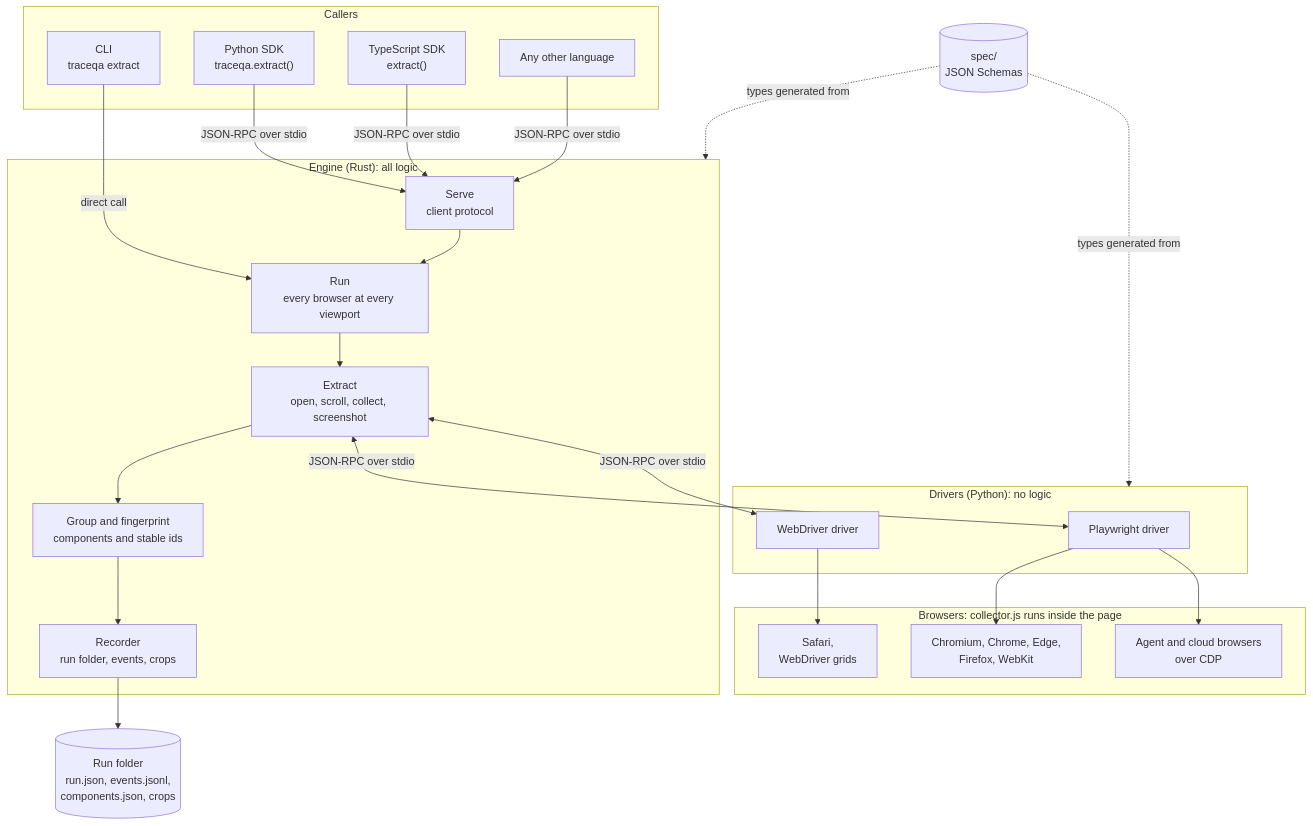
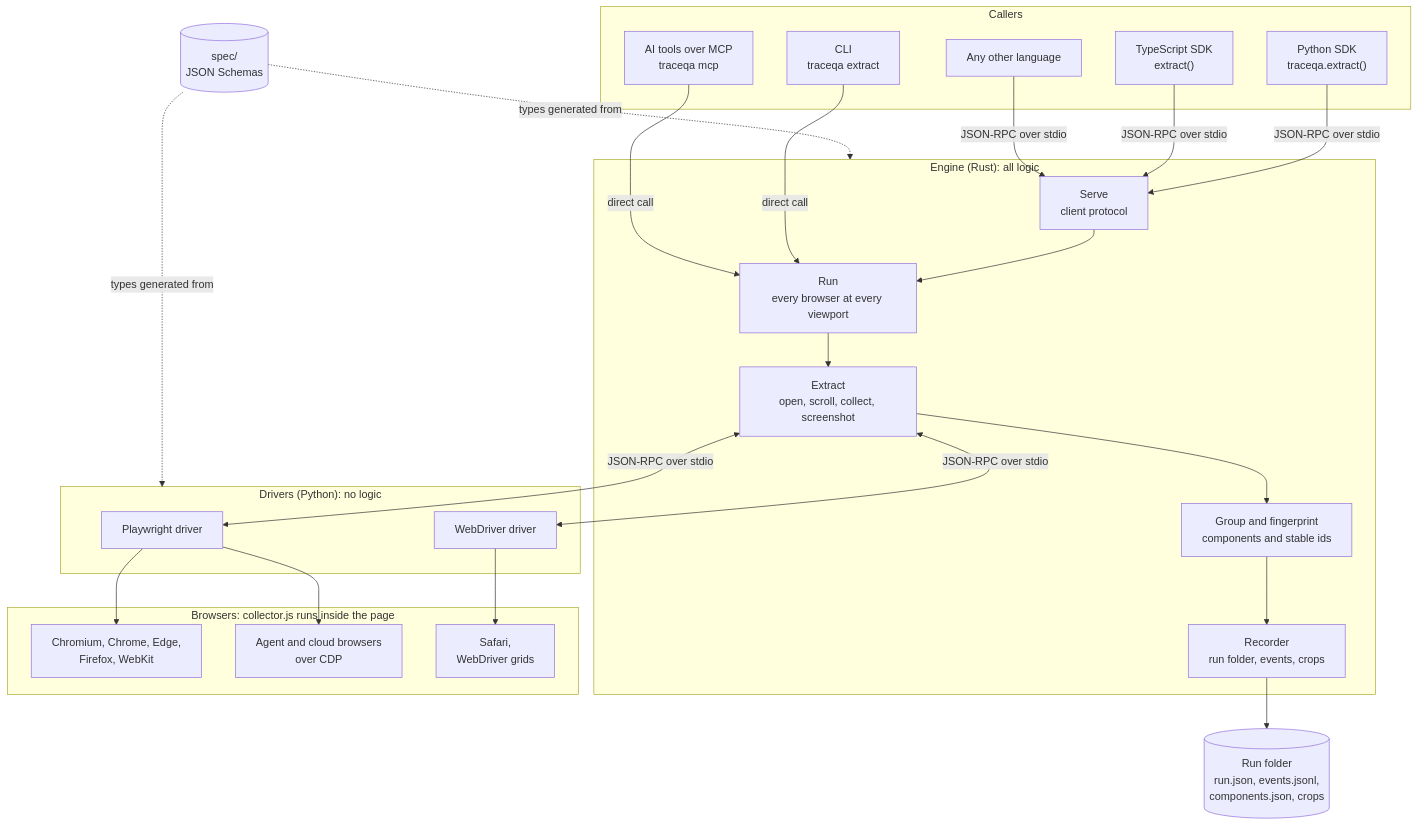
The diagram in docs/architecture.md (thearpankumar/TraceQA), drawn with Mermaid before and after one commit. The commit also changed other lines of this file and 20 other files, not shown here.

Commit message:
Add MCP server, traceqa install and traceqa doctor; rewrite README

````diff
--- a/docs/architecture.md
+++ b/docs/architecture.md
@@ -7,45 +7,47 @@
 ```mermaid
 flowchart TB
     subgraph callers["Callers"]
         cli["CLI<br/>traceqa extract"]
         py["Python SDK<br/>traceqa.extract()"]
         ts["TypeScript SDK<br/>extract()"]
+        ai["AI tools over MCP<br/>traceqa mcp"]
         other["Any other language"]
     end
 
     subgraph engine["Engine (Rust): all logic"]
         serve["Serve<br/>client protocol"]
         run["Run<br/>every browser at every viewport"]
         extract["Extract<br/>open, scroll, collect, screenshot"]
         group["Group and fingerprint<br/>components and stable ids"]
         recorder["Recorder<br/>run folder, events, crops"]
         serve --> run --> extract --> group --> recorder
     end
 
     subgraph drivers["Drivers (Python): no logic"]
         pw["Playwright driver"]
         wd["WebDriver driver"]
     end
 
     subgraph browsers["Browsers: collector.js runs inside the page"]
         b1["Chromium, Chrome, Edge,<br/>Firefox, WebKit"]
         b2["Agent and cloud browsers<br/>over CDP"]
         b3["Safari,<br/>WebDriver grids"]
     end
 
     spec[("spec/<br/>JSON Schemas")]
     out[("Run folder<br/>run.json, events.jsonl,<br/>components.json, crops")]
 
     cli -->|direct call| run
+    ai -->|direct call| run
     py -->|JSON-RPC over stdio| serve
     ts -->|JSON-RPC over stdio| serve
     other -->|JSON-RPC over stdio| serve
     extract <-->|JSON-RPC over stdio| pw
     extract <-->|JSON-RPC over stdio| wd
     pw --> b1
     pw --> b2
     wd --> b3
     recorder --> out
     spec -.->|types generated from| engine
     spec -.->|types generated from| drivers
 ```
````
